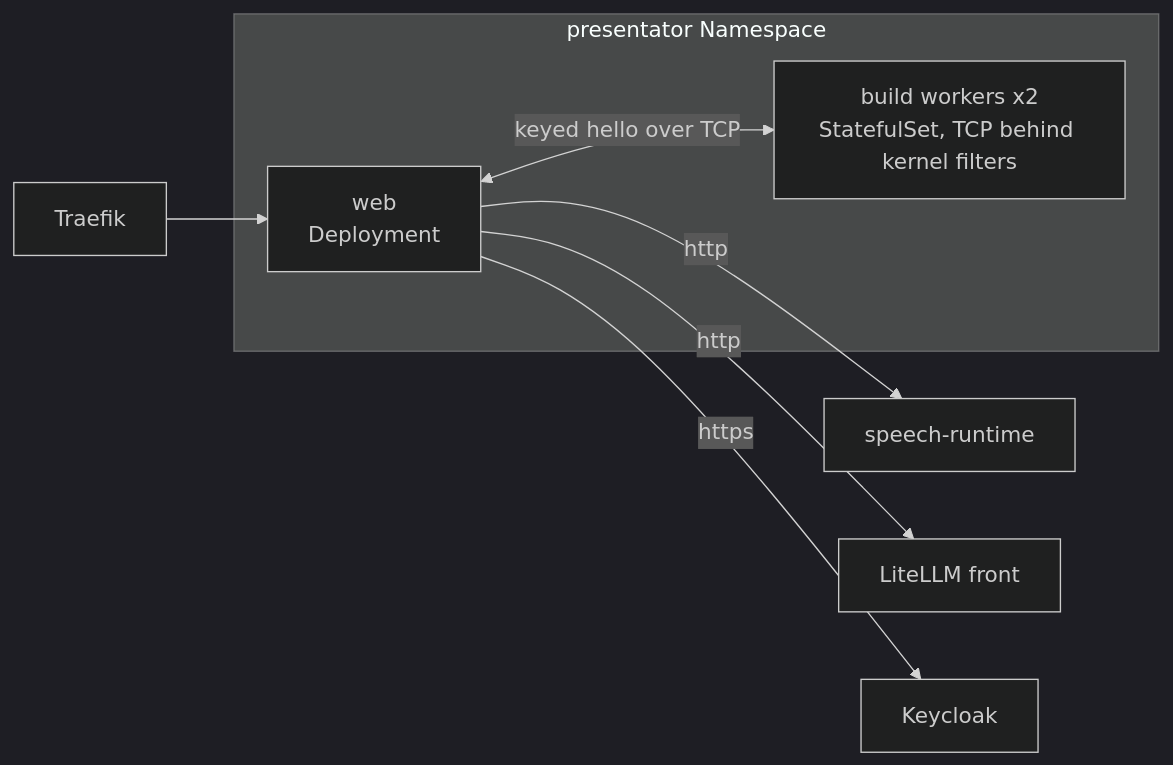
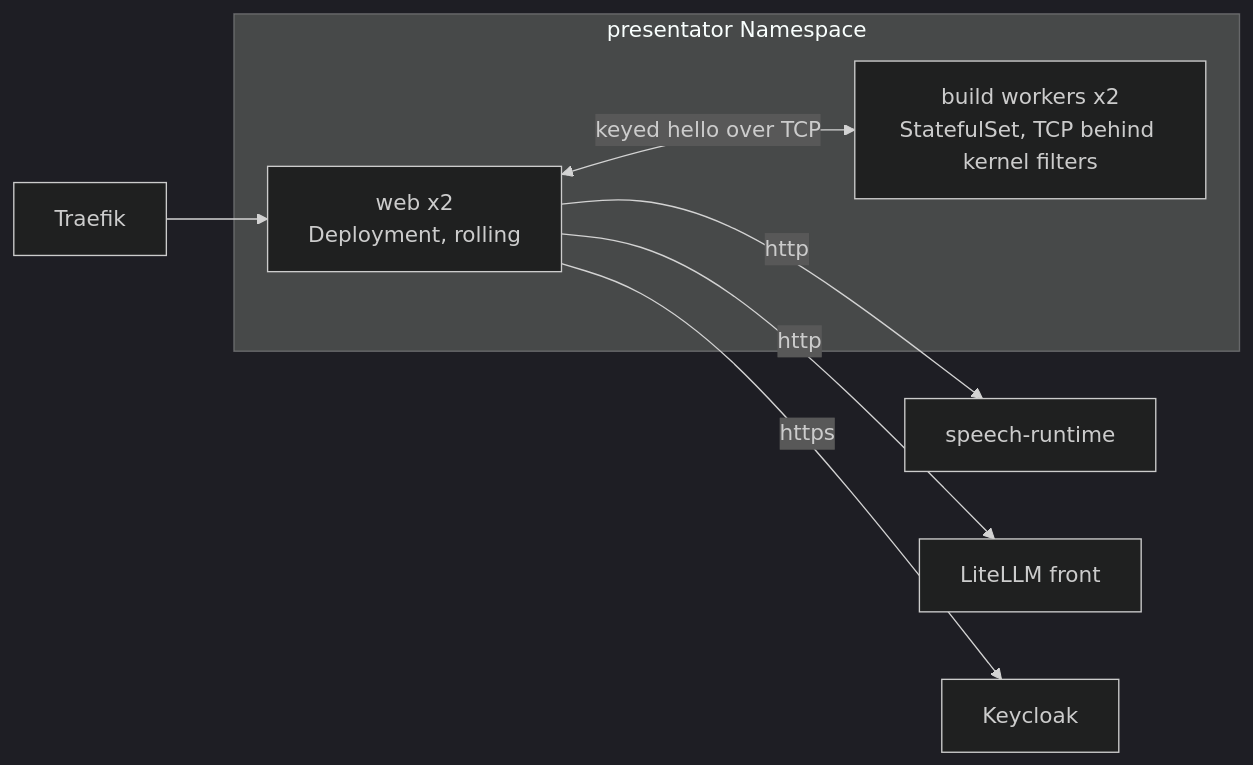
Before and after one commit to overnightworks/presentator: the fourth of 4 diagrams in docs/ARCHITECTURE.md, drawn with Mermaid (dark theme). The commit also changed other lines of this file, not shown here.

First line of the commit message:
Say the web runs as two pods that roll in the deployment view (#1430)

````diff
--- a/docs/ARCHITECTURE.md
+++ b/docs/ARCHITECTURE.md
@@ -75,12 +75,12 @@
 ```mermaid
 flowchart LR
     traefik[Traefik] --> web
     subgraph namespace[presentator Namespace]
-        web[web<br/>Deployment]
+        web[web x2<br/>Deployment, rolling]
         worker[build workers x2<br/>StatefulSet, TCP behind kernel filters]
         web <-- keyed hello over TCP --> worker
     end
     web -- http --> speech[speech-runtime]
     web -- http --> gateway[LiteLLM front]
     web -- https --> keycloak[Keycloak]
 ```
````
